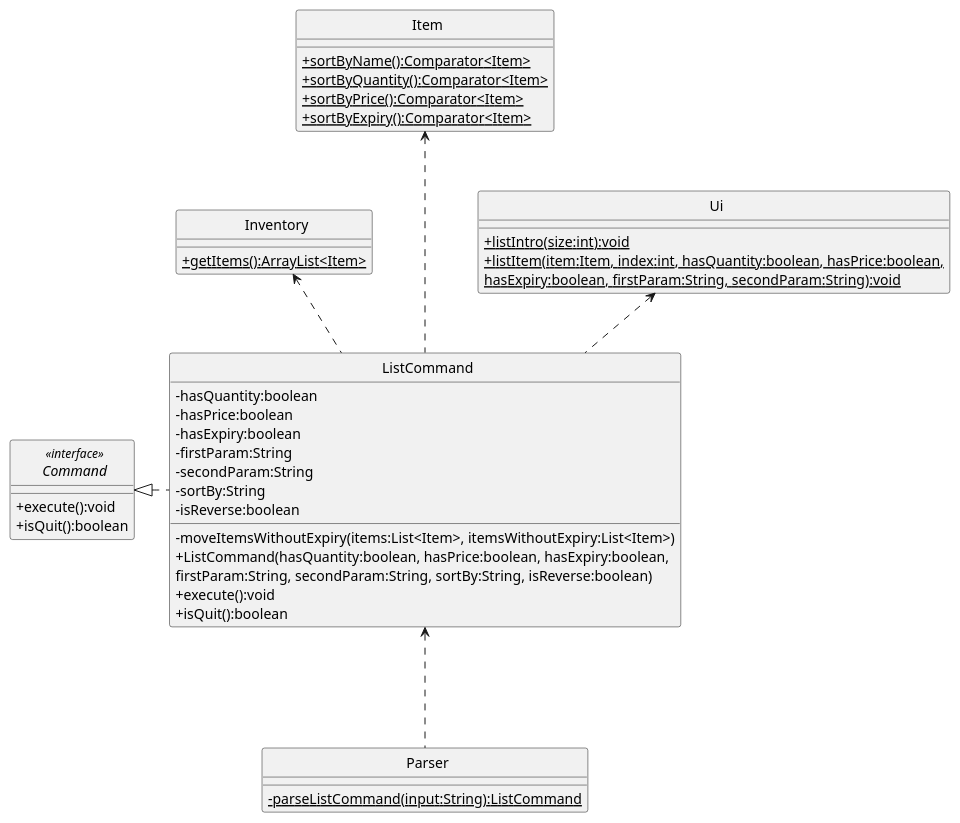
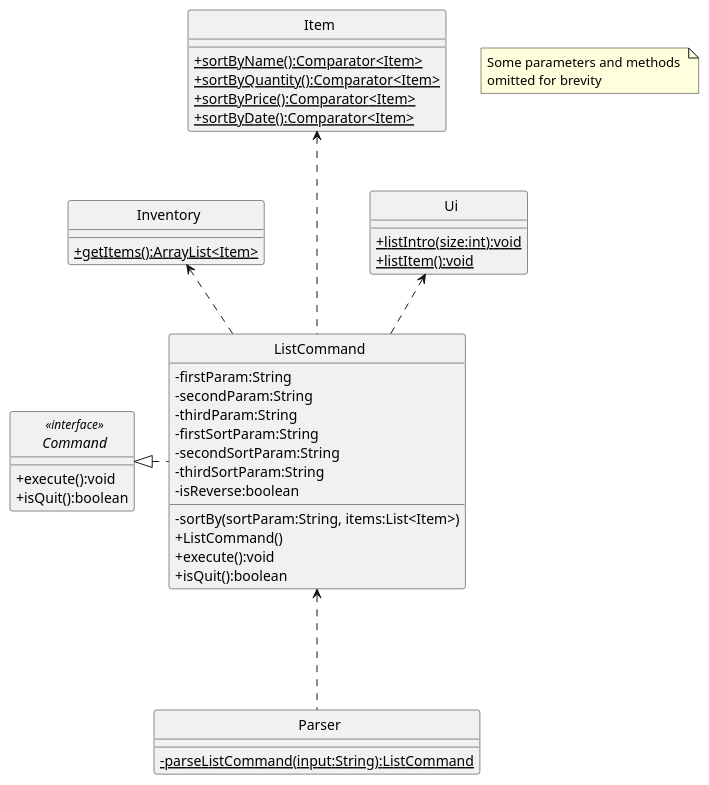
The first of 2 diagrams in docs/uml-diagrams/ListCommand.puml (rismm/tp), drawn with PlantUML before and after one commit. The commit also changed other lines of this file and 2 other files, not shown here.

Commit message:
Update UML diagrams for list command

```diff
--- a/docs/uml-diagrams/ListCommand.puml
+++ b/docs/uml-diagrams/ListCommand.puml
@@ -1,59 +1,60 @@
 @startuml
 skinparam classAttributeIconSize 0
 skinparam CircledCharacterFontSize 0
 skinparam CircledCharacterRadius 0
 
 abstract class Command
 class Inventory
 class Item
 class ListCommand
 class Parser
 class Ui
 
 Command <|. ListCommand
 Item <... ListCommand
 Ui <.. ListCommand
 Inventory <.. ListCommand
 ListCommand <... Parser
 
 interface Command <<interface>> {
     +execute():void
     +isQuit():boolean
 }
 
 class ListCommand {
-    -hasQuantity:boolean
-    -hasPrice:boolean
-    -hasExpiry:boolean
     -firstParam:String
     -secondParam:String
-    -sortBy:String
+    -thirdParam:String
+    -firstSortParam:String
+    -secondSortParam:String
+    -thirdSortParam:String
     -isReverse:boolean
-    -moveItemsWithoutExpiry(items:List<Item>, itemsWithoutExpiry:List<Item>)
-    +ListCommand(hasQuantity:boolean, hasPrice:boolean, hasExpiry:boolean,
-    firstParam:String, secondParam:String, sortBy:String, isReverse:boolean)
+    -sortBy(sortParam:String, items:List<Item>)
+    +ListCommand()
     +execute():void
     +isQuit():boolean
 }
 
 class Item {
     {static}+sortByName():Comparator<Item>
     {static}+sortByQuantity():Comparator<Item>
     {static}+sortByPrice():Comparator<Item>
-    {static}+sortByExpiry():Comparator<Item>
+    {static}+sortByDate():Comparator<Item>
 }
 
 class Inventory {
     {static}+getItems():ArrayList<Item>
 }
 
 class Ui {
     {static}+listIntro(size:int):void
-    {static}+listItem(item:Item, index:int, hasQuantity:boolean, hasPrice:boolean,
-    {static}hasExpiry:boolean, firstParam:String, secondParam:String):void
+    {static}+listItem():void
 }
 
 class Parser {
     {static}-parseListCommand(input:String):ListCommand
 }
+
+note "Some parameters and methods \nomitted for brevity" as n1
+
 @enduml
```
